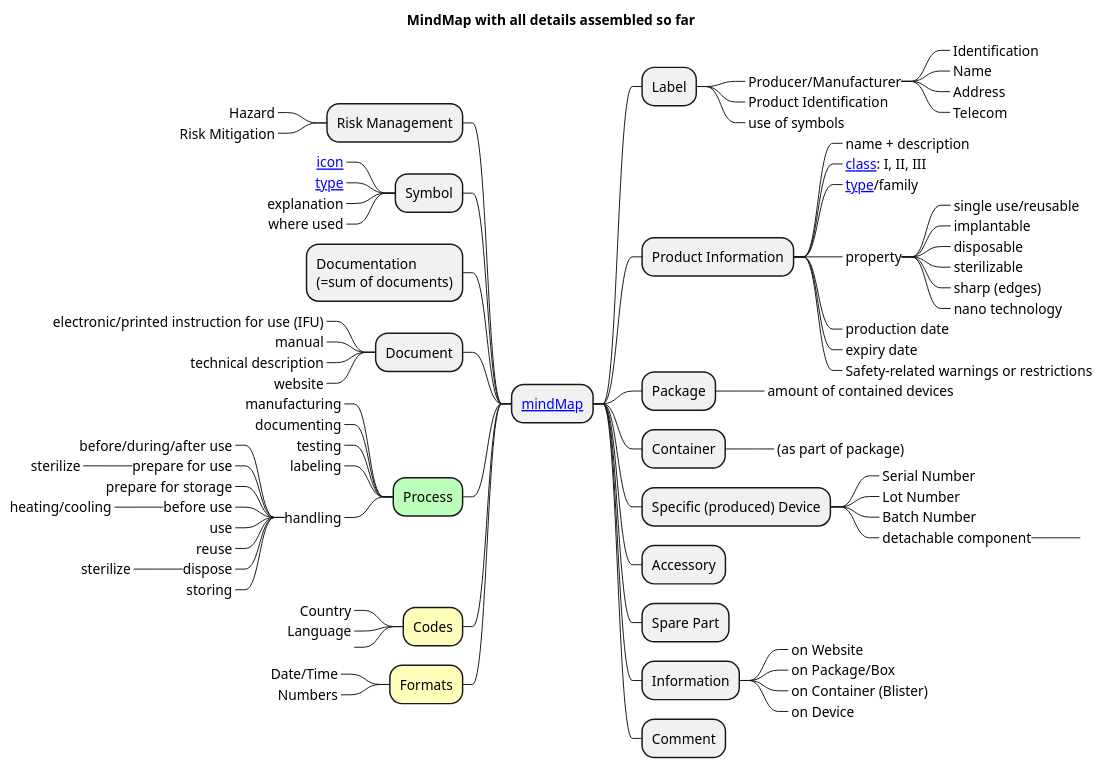
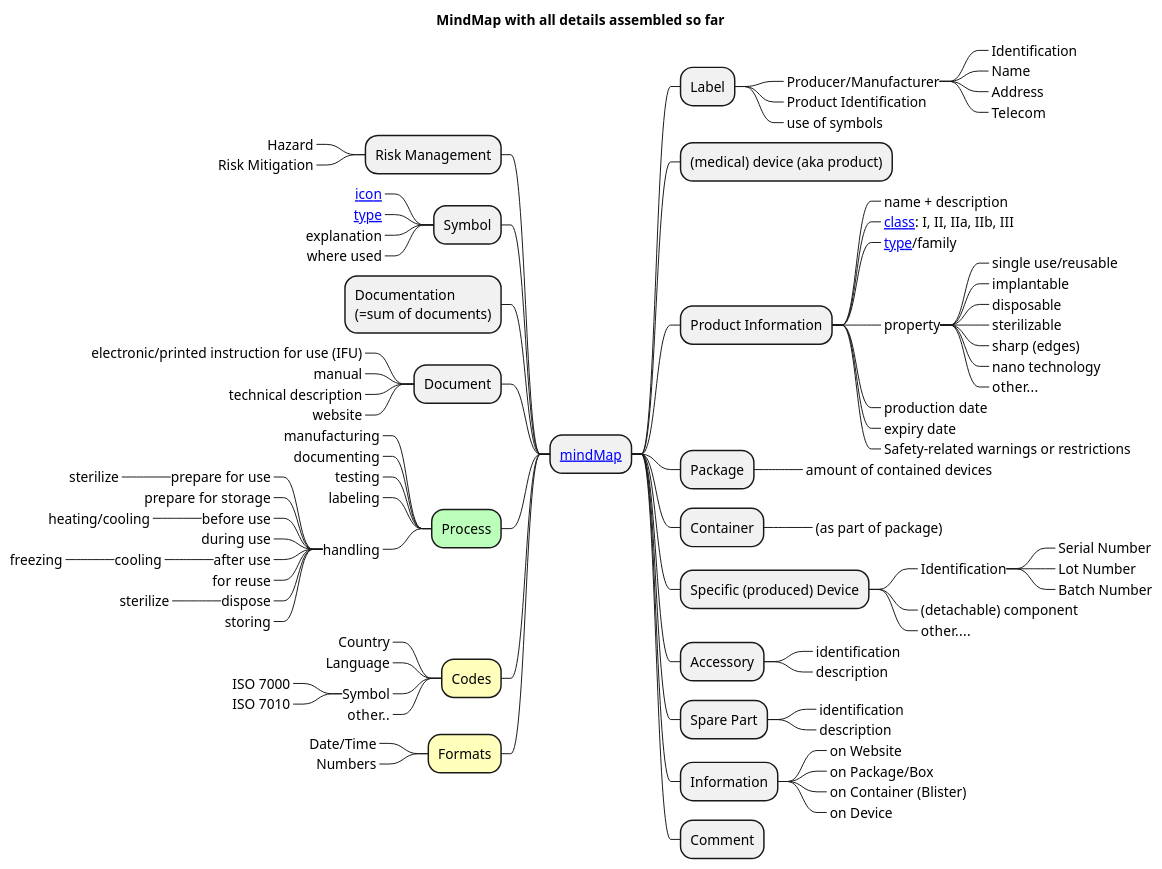
One commit to hl7-eu/medtechlabel-wp2-im changed the diagram in input/images-source/mindmap.plantuml. Above: the diagram before and after it, drawn with PlantUML. The commit also changed 15 other files, not shown here.

```diff
--- a/input/images-source/mindmap.plantuml
+++ b/input/images-source/mindmap.plantuml
@@ -1,90 +1,102 @@
 @startmindmap
 
 skinparam svgDimensionStyle false
 
 title MindMap with all details assembled so far
 
 + [[StructureDefinition-MindMap.html mindMap]]
 
 -- Risk Management
 ---_ Hazard
 ---_ Risk Mitigation
 -- Symbol
 ---_ [[CodeSystem-SafetySigns7010.html icon]]
 ---_ [[CodeSystem-SafetySign7010Category.html type]]
 ---_ explanation
 ---_ where used
 -- Documentation\n(=sum of documents)
 -- Document
 ---_ electronic/printed instruction for use (IFU)
 ---_ manual
 ---_ technical description
 ---_ website
 --[#bfb] Process
 ---_ manufacturing
 ---_ documenting
 ---_ testing
 ---_ labeling
 ---_ handling
-----_ before/during/after use
 ----_ prepare for use
 -----_ sterilize
 ----_ prepare for storage
 ----_ before use
 -----_ heating/cooling
-----_ use
-----_ reuse
+----_ during use
+----_ after use
+-----_ cooling
+------_ freezing
+----_ for reuse
 ----_ dispose
 -----_ sterilize
 ----_ storing
 --[#ffb] Codes
 ---_ Country
 ---_ Language
----_ ....
+---_ Symbol
+----_ ISO 7000
+----_ ISO 7010
+---_ other..
 --[#ffb] Formats
 ---_ Date/Time
 ---_ Numbers
 
 
 ++ Label
 +++_ Producer/Manufacturer
 ++++_ Identification
 ++++_ Name
 ++++_ Address
 ++++_ Telecom
 +++_ Product Identification
 +++_ use of symbols
+++ (medical) device (aka product)
 ++ Product Information
 +++_ name + description
-+++_ [[CodeSystem-DeviceClass.html class]]: I, II, III
++++_ [[CodeSystem-DeviceClass.html class]]: I, II, IIa, IIb, III
 +++_ [[CodeSystem-DeviceType.html type]]/family
 +++_ property
 ++++_ single use/reusable
 ++++_ implantable
 ++++_ disposable
 ++++_ sterilizable
 ++++_ sharp (edges)
 ++++_ nano technology
+++++_ other...
 +++_ production date
 +++_ expiry date
 +++_ Safety-related warnings or restrictions
 ++ Package
 +++_ amount of contained devices
 ++ Container
 +++_ (as part of package)
 ++ Specific (produced) Device
-+++_ Serial Number
-+++_ Lot Number
-+++_ Batch Number
-+++_ detachable component
-++++_ ....
++++_ Identification
+++++_ Serial Number
+++++_ Lot Number
+++++_ Batch Number
++++_ (detachable) component
++++_ other....
 ++ Accessory
++++_ identification
++++_ description
 ++ Spare Part
++++_ identification
++++_ description
 ++ Information
 +++_ on Website
 +++_ on Package/Box
 +++_ on Container (Blister)
 +++_ on Device
 ++ Comment
 
 @endmindmap
```
